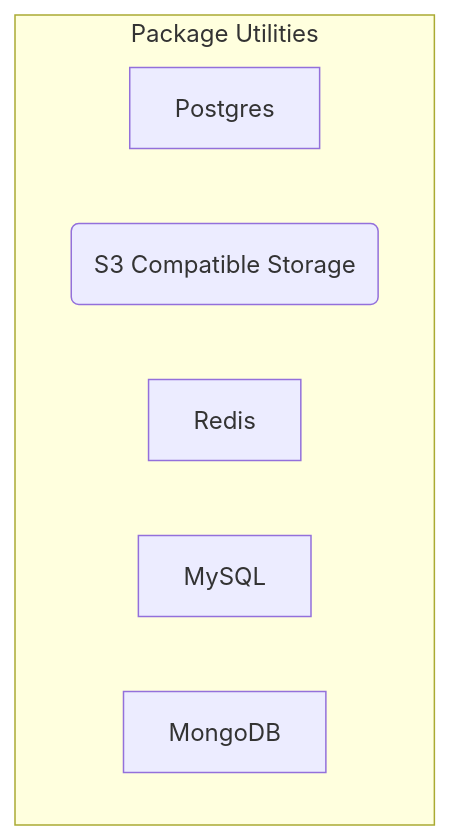
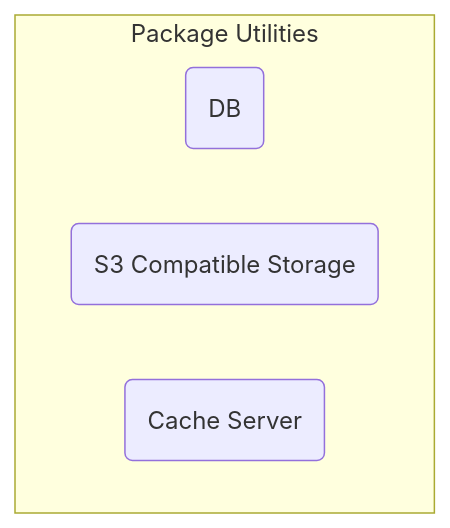
The sixth of 6 diagrams in charter/BigBangPackages.md (webage003/bigbangrke), drawn with Mermaid before and after one commit. The commit also changed other lines of this file, not shown here.

Commit message:
updated BB Packages / removed postgres-redis-mongodb-mysql

````diff
--- a/charter/BigBangPackages.md
+++ b/charter/BigBangPackages.md
@@ -480,11 +478,9 @@
 ```mermaid
 graph TB
   subgraph "Package Utilities"
-    Postgres
+    Postgres(DB)
     MinIO(S3 Compatible Storage)
-    Redis
-    MySQL
-    MongoDB
+    Redis(Cache Server)
   end
 
 ```
````
